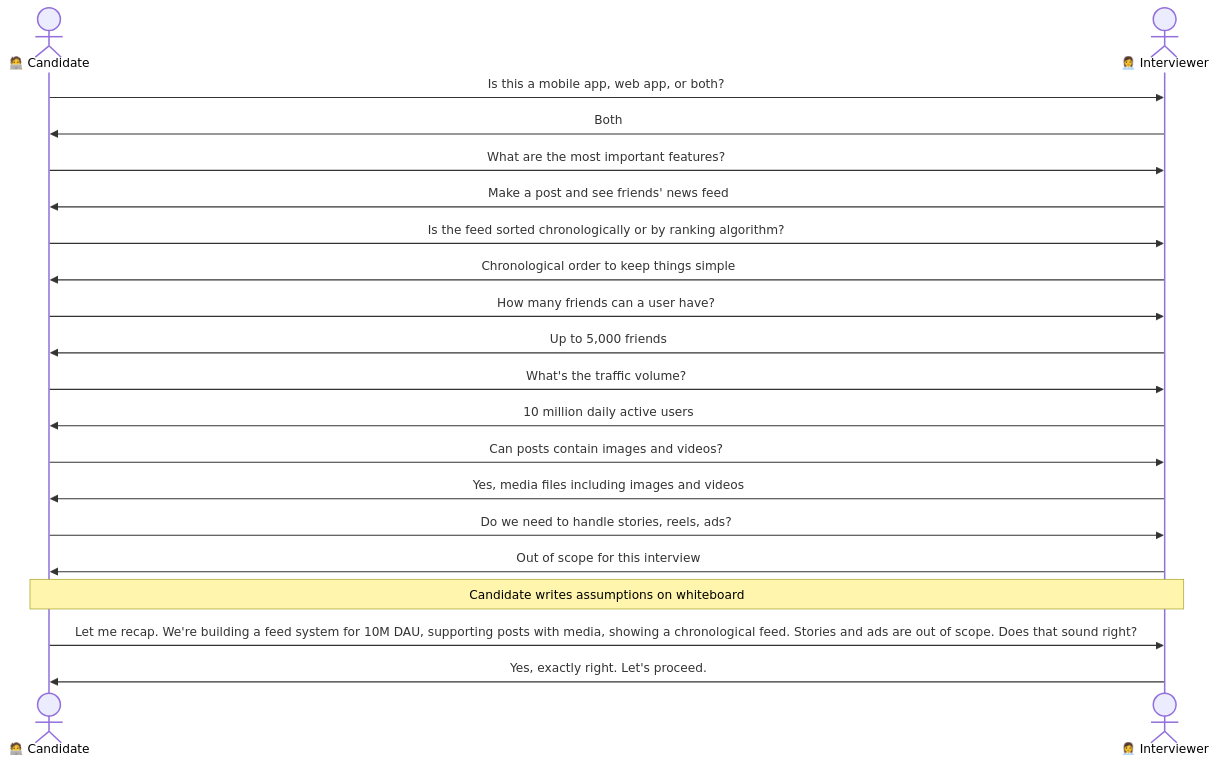
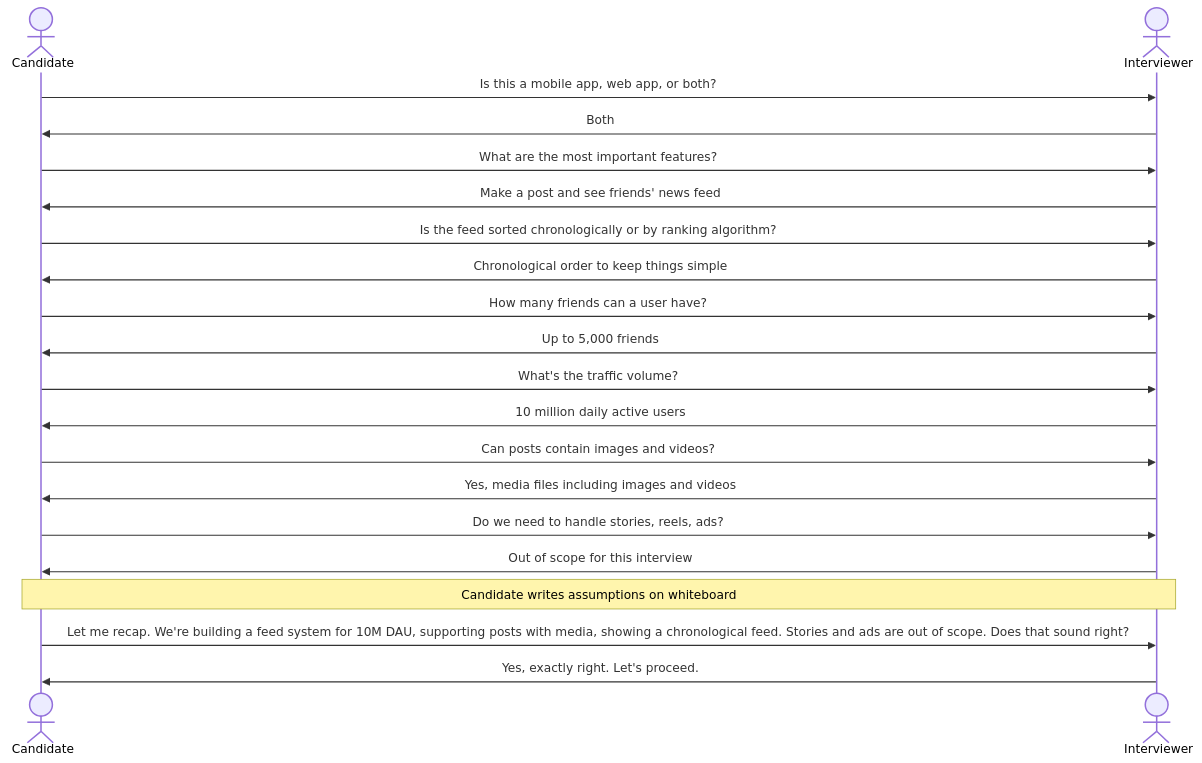
The fifth of 18 diagrams in content/posts/2026/framework-for-system-design-interviews.md (devops-monk/system-design-blog), drawn with Mermaid before and after one commit. The commit also changed other lines of this file and 5 other files, not shown here.

````diff
--- a/content/posts/2026/framework-for-system-design-interviews.md
+++ b/content/posts/2026/framework-for-system-design-interviews.md
@@ -185,30 +185,30 @@
 ```mermaid
 sequenceDiagram
-    actor C as 🧑‍💻 Candidate
-    actor I as 👩‍💼 Interviewer
+    actor C as ‍ Candidate
+    actor I as ‍ Interviewer
 
     C->>I: Is this a mobile app, web app, or both?
     I->>C: Both
 
     C->>I: What are the most important features?
     I->>C: Make a post and see friends' news feed
 
     C->>I: Is the feed sorted chronologically or by ranking algorithm?
     I->>C: Chronological order to keep things simple
 
     C->>I: How many friends can a user have?
     I->>C: Up to 5,000 friends
 
     C->>I: What's the traffic volume?
     I->>C: 10 million daily active users
 
     C->>I: Can posts contain images and videos?
     I->>C: Yes, media files including images and videos
 
     C->>I: Do we need to handle stories, reels, ads?
     I->>C: Out of scope for this interview
 
     Note over C,I: Candidate writes assumptions on whiteboard
     C->>I: Let me recap. We're building a feed system for 10M DAU, supporting posts with media, showing a chronological feed. Stories and ads are out of scope. Does that sound right?
     I->>C: Yes, exactly right. Let's proceed.
 ```
````
